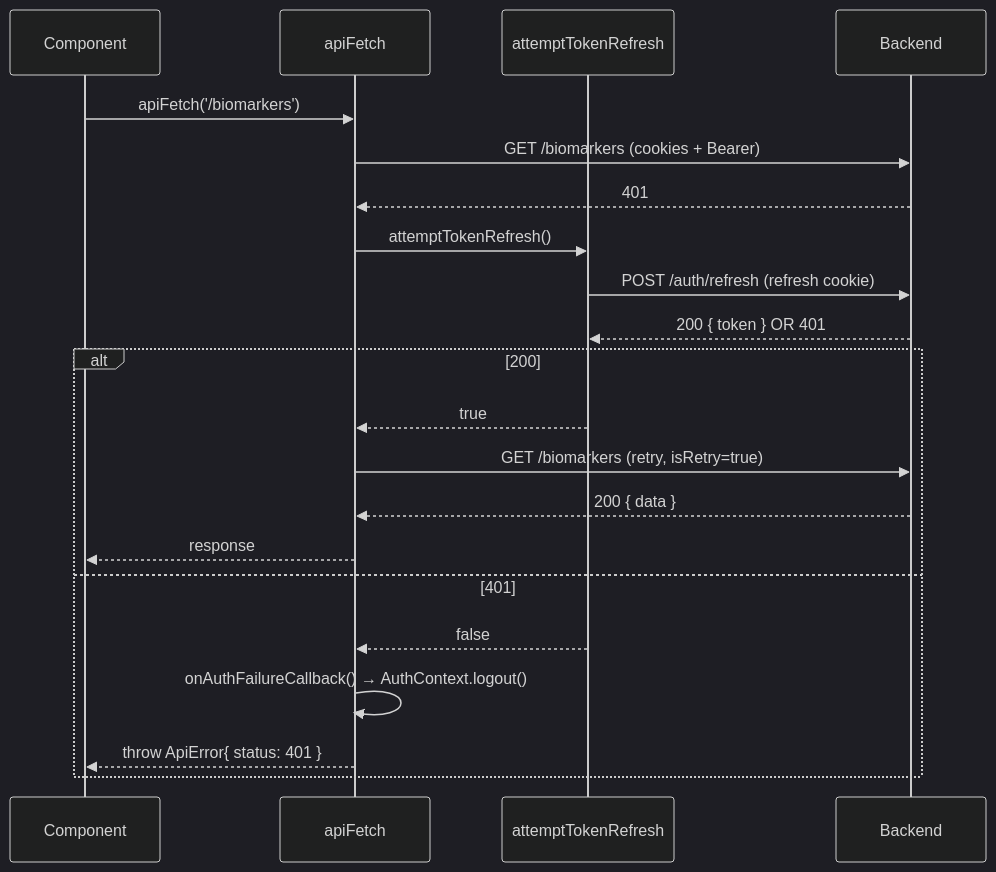
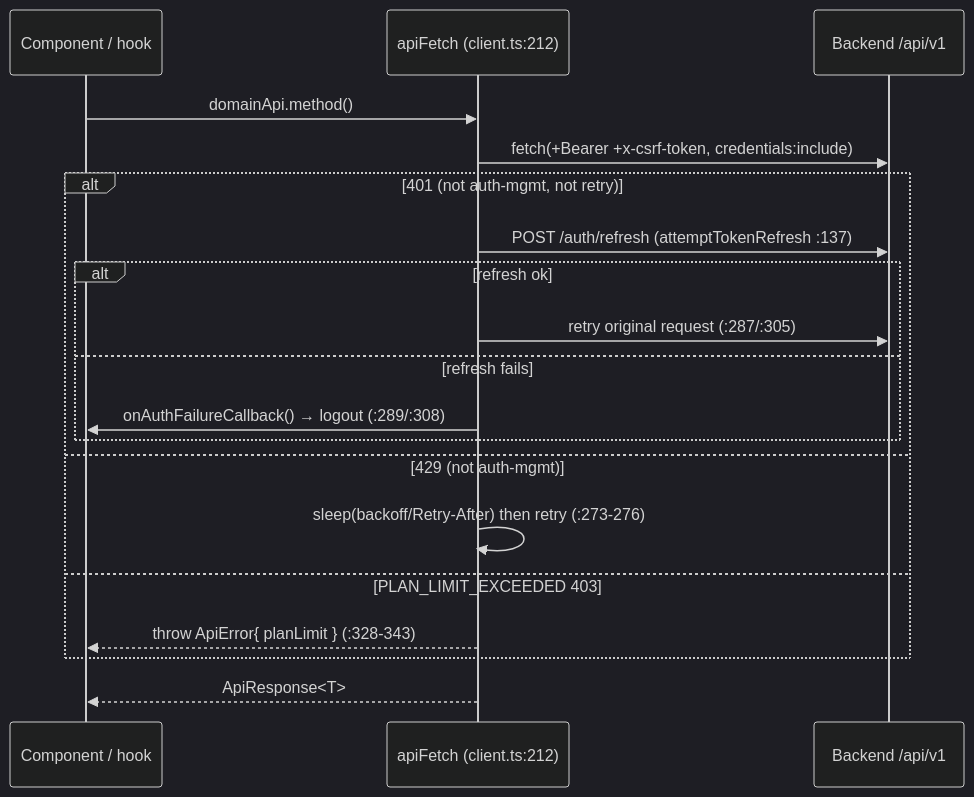
Before and after one commit to breilly1296/OwnMyHealth-Claude: the second of 3 diagrams in New Project Documents/FRONTEND_MAP.md, drawn with Mermaid (dark theme). The commit also changed other lines of this file and 57 other files, not shown here.

````diff
--- a/New Project Documents/FRONTEND_MAP.md
+++ b/New Project Documents/FRONTEND_MAP.md
@@ -430,24 +401,21 @@
 ```mermaid
 sequenceDiagram
-  participant C as Component
-  participant A as apiFetch
-  participant R as attemptTokenRefresh
-  participant B as Backend
-
-  C->>A: apiFetch('/biomarkers')
-  A->>B: GET /biomarkers (cookies + Bearer)
-  B-->>A: 401
-  A->>R: attemptTokenRefresh()
-  R->>B: POST /auth/refresh (refresh cookie)
-  B-->>R: 200 { token } OR 401
-  alt 200
-    R-->>A: true
-    A->>B: GET /biomarkers (retry, isRetry=true)
-    B-->>A: 200 { data }
-    A-->>C: response
-  else 401
-    R-->>A: false
-    A->>A: onAuthFailureCallback() → AuthContext.logout()
-    A-->>C: throw ApiError{ status: 401 }
+  participant Cmp as Component / hook
+  participant F as apiFetch (client.ts:212)
+  participant API as Backend /api/v1
+  Cmp->>F: domainApi.method()
+  F->>API: fetch(+Bearer +x-csrf-token, credentials:include)
+  alt 401 (not auth-mgmt, not retry)
+    F->>API: POST /auth/refresh (attemptTokenRefresh :137)
+    alt refresh ok
+      F->>API: retry original request (:287/:305)
+    else refresh fails
+      F->>Cmp: onAuthFailureCallback() → logout (:289/:308)
+    end
+  else 429 (not auth-mgmt)
+    F->>F: sleep(backoff/Retry-After) then retry (:273-276)
+  else PLAN_LIMIT_EXCEEDED 403
+    F-->>Cmp: throw ApiError{ planLimit } (:328-343)
   end
+  F-->>Cmp: ApiResponse<T>
 ```
````
